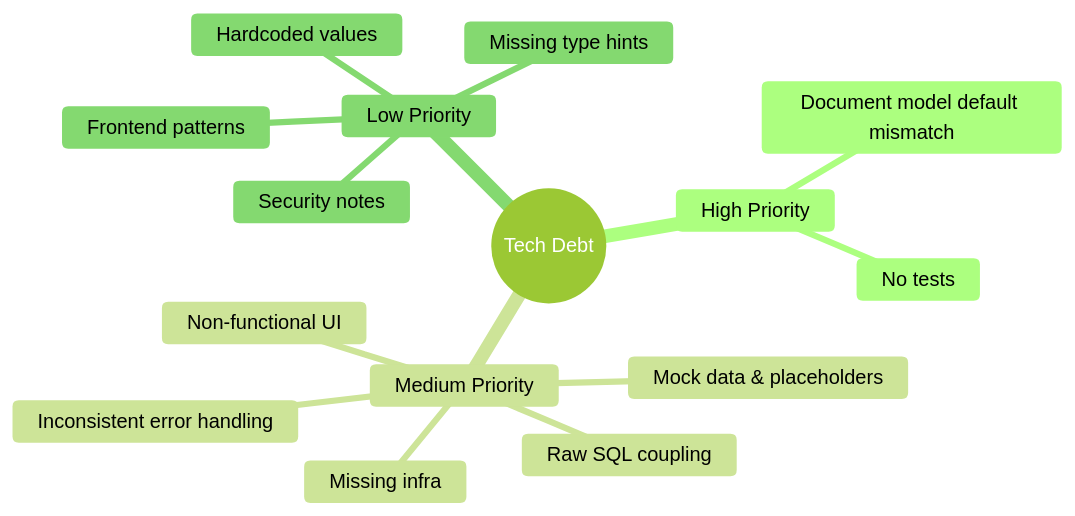
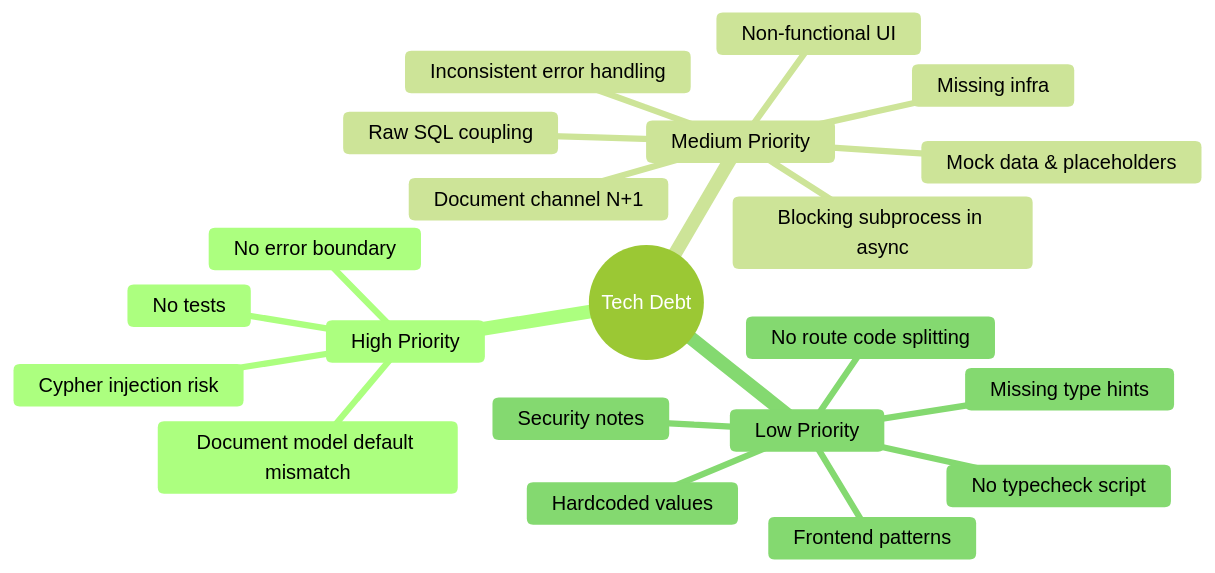
One commit to yingrui/openKMS changed the first of 5 diagrams in docs/tech_debt.md. Above: the diagram before and after it, drawn with Mermaid (forest theme). The commit also changed other lines of this file and 35 other files, not shown here.

````diff
--- a/docs/tech_debt.md
+++ b/docs/tech_debt.md
@@ -9,18 +29,24 @@
 ```mermaid
 mindmap
   root((Tech Debt))
     High Priority
       No tests
       Document model default mismatch
+      No error boundary
+      Cypher injection risk
     Medium Priority
       Raw SQL coupling
       Inconsistent error handling
       Mock data & placeholders
       Non-functional UI
       Missing infra
+      Blocking subprocess in async
+      Document channel N+1
     Low Priority
       Hardcoded values
       Missing type hints
       Frontend patterns
       Security notes
+      No route code splitting
+      No typecheck script
 ```
````
